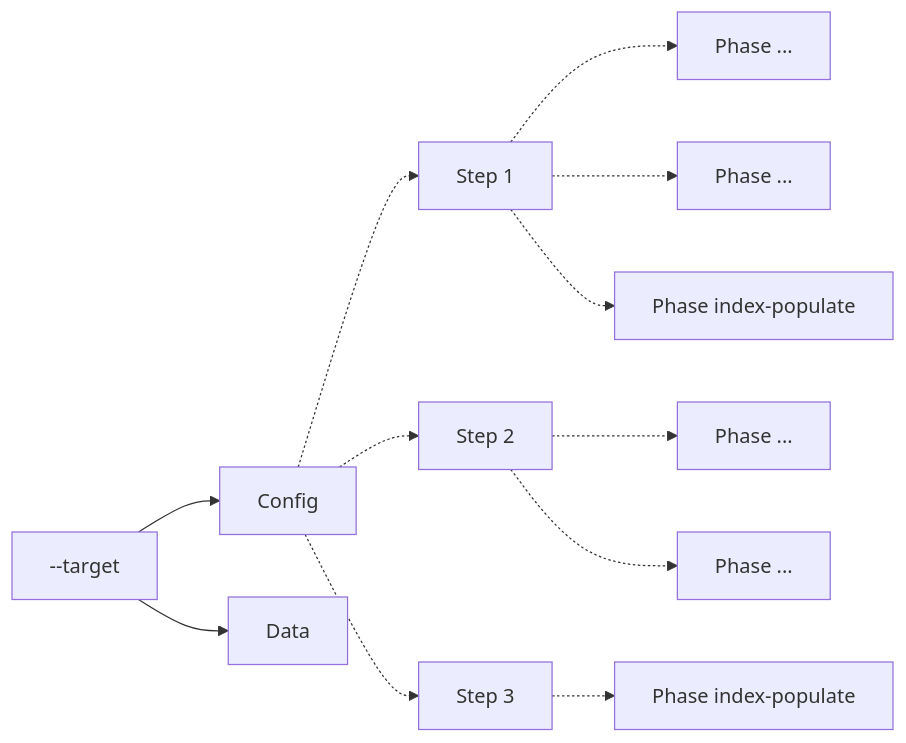
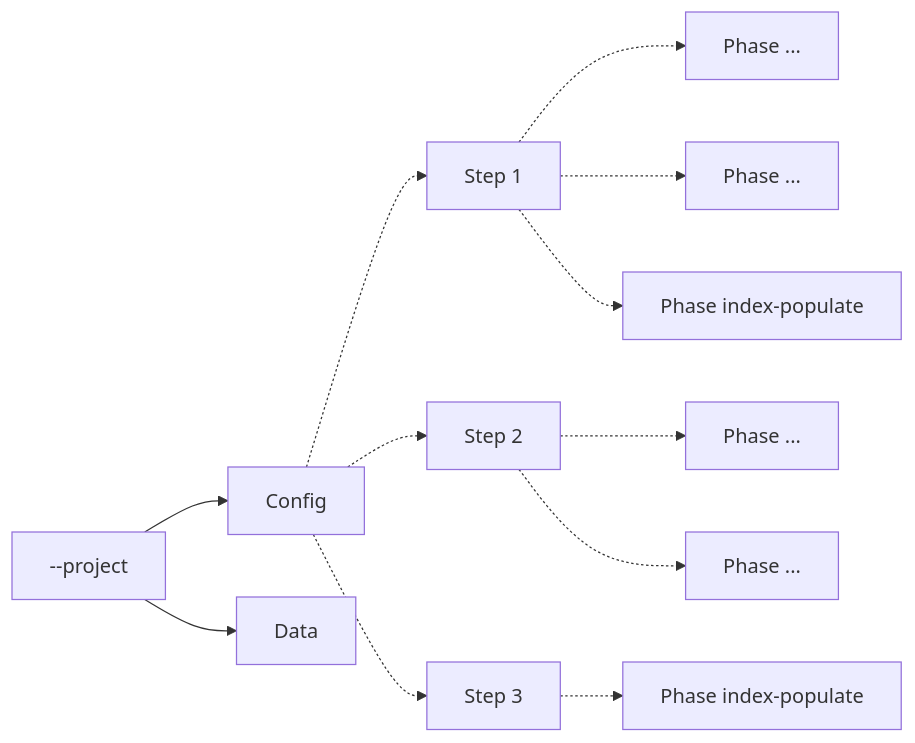
One commit to freemansoft/entitopia changed the first of 2 diagrams in README.md. Above: the diagram before and after it, drawn with Mermaid. The commit also changed other lines of this file and 13 other files, not shown here.

````diff
--- a/README.md
+++ b/README.md
@@ -28,19 +28,19 @@
 ```mermaid
 flowchart LR
-    Target["--target"]
+    Target["--project"]
     Target-->Config
     Target-->Data
 
     Config-.->Step1[Step 1]
     Config-.->Step2[Step 2]
     Config-.->Step3[Step 3]
 
     Step1-.->Phase11[Phase ...]
     Step1-.->Phase12[Phase ...]
     Step1-.->Phase13[Phase index-populate]
 
     Step2-.->Phase21[Phase ...]
     Step2-.->Phase22[Phase ...]
 
     Step3-.->Phase31[Phase index-populate]
 ```
````
